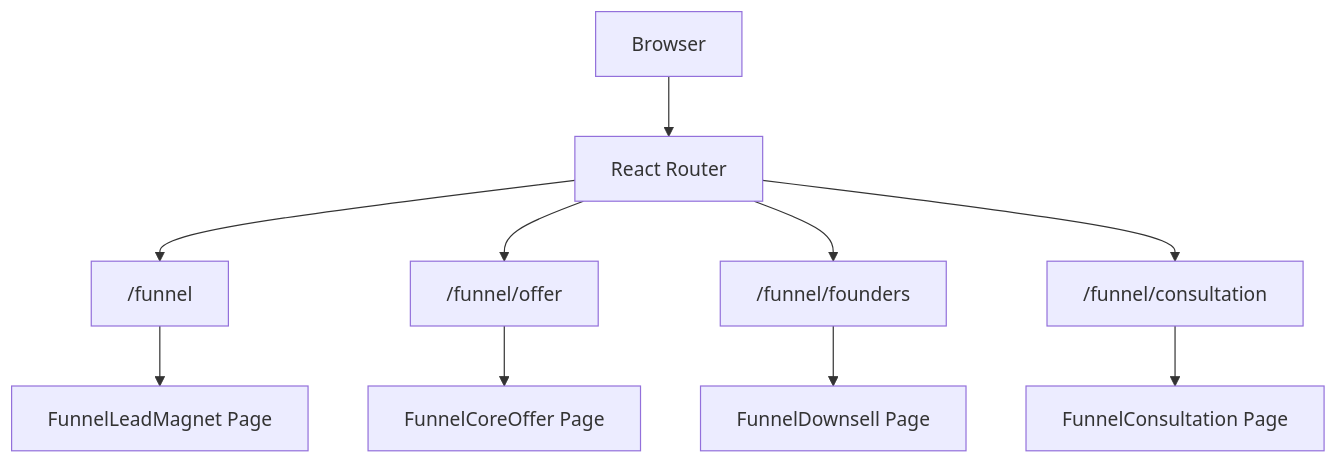
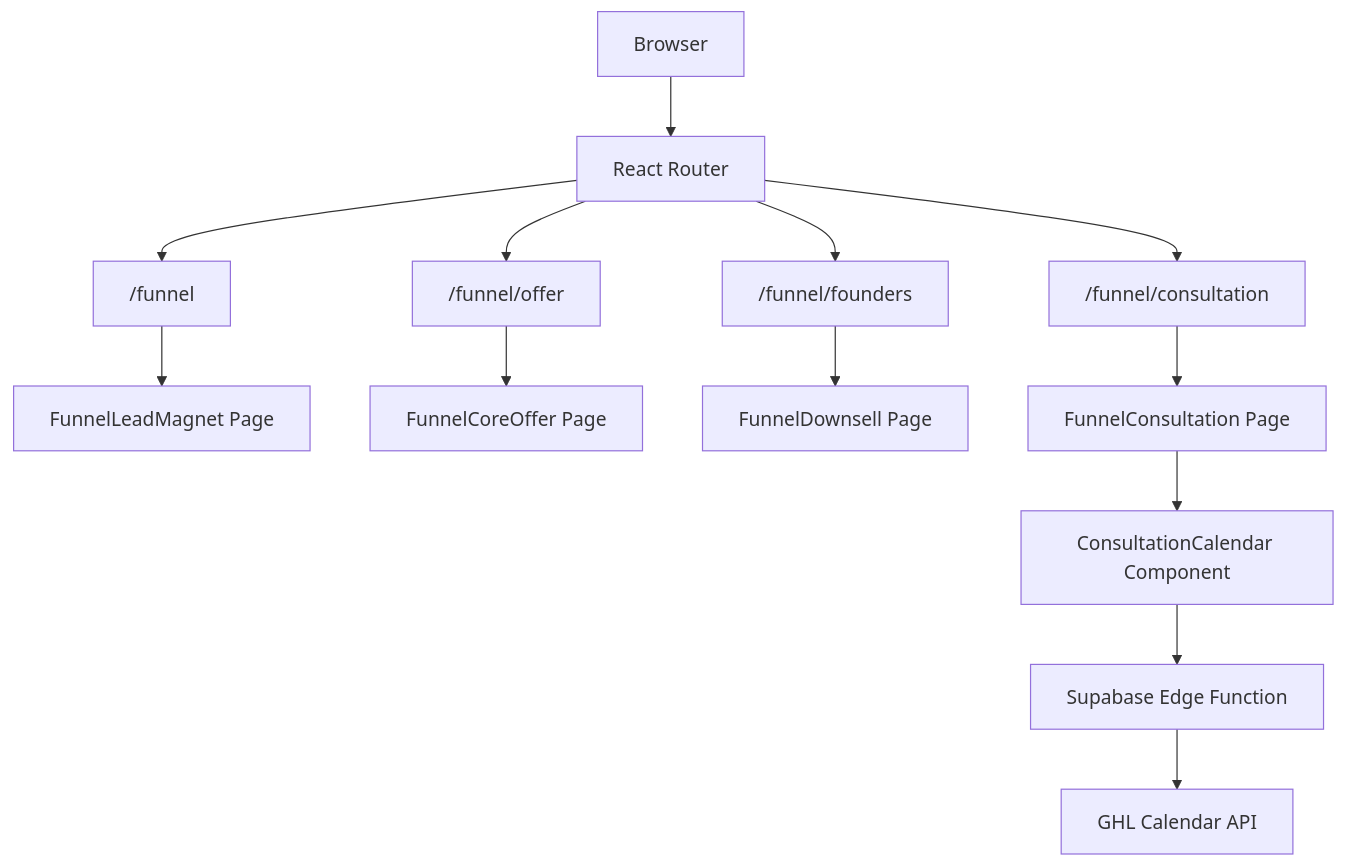
The second of 8 diagrams in .qoder/repowiki/en/content/Sales Funnel Pages.md (Hawky1/ryland), drawn with Mermaid before and after one commit. The commit also changed other lines of this file and 5 other files, not shown here.

Commit message:
Improve GHL calendar edge function: better logging, optional userId, strip traceId from response

````diff
--- a/.qoder/repowiki/en/content/Sales Funnel Pages.md
+++ b/.qoder/repowiki/en/content/Sales Funnel Pages.md
@@ -78,12 +102,15 @@
 ```mermaid
 graph TB
 Browser["Browser"] --> Router["React Router"]
 Router --> Lead["/funnel"]
 Router --> Offer["/funnel/offer"]
 Router --> Founders["/funnel/founders"]
 Router --> Consult["/funnel/consultation"]
 Lead --> LM_Page["FunnelLeadMagnet Page"]
 Offer --> CO_Page["FunnelCoreOffer Page"]
 Founders --> DS_Page["FunnelDownsell Page"]
 Consult --> CS_Page["FunnelConsultation Page"]
+CS_Page --> Calendar["ConsultationCalendar Component"]
+Calendar --> EdgeFunc["Supabase Edge Function"]
+EdgeFunc --> GHL["GHL Calendar API"]
 ```
````
